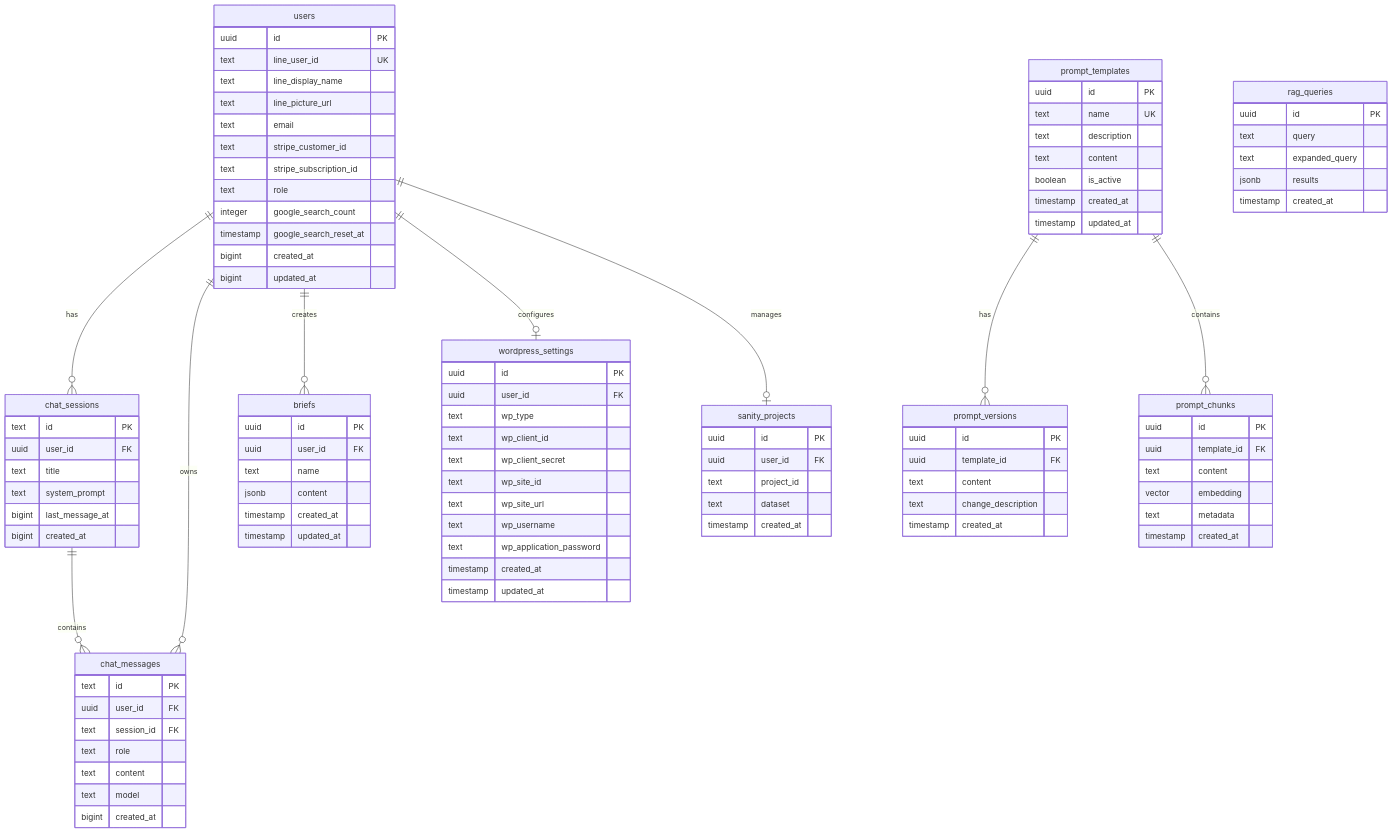
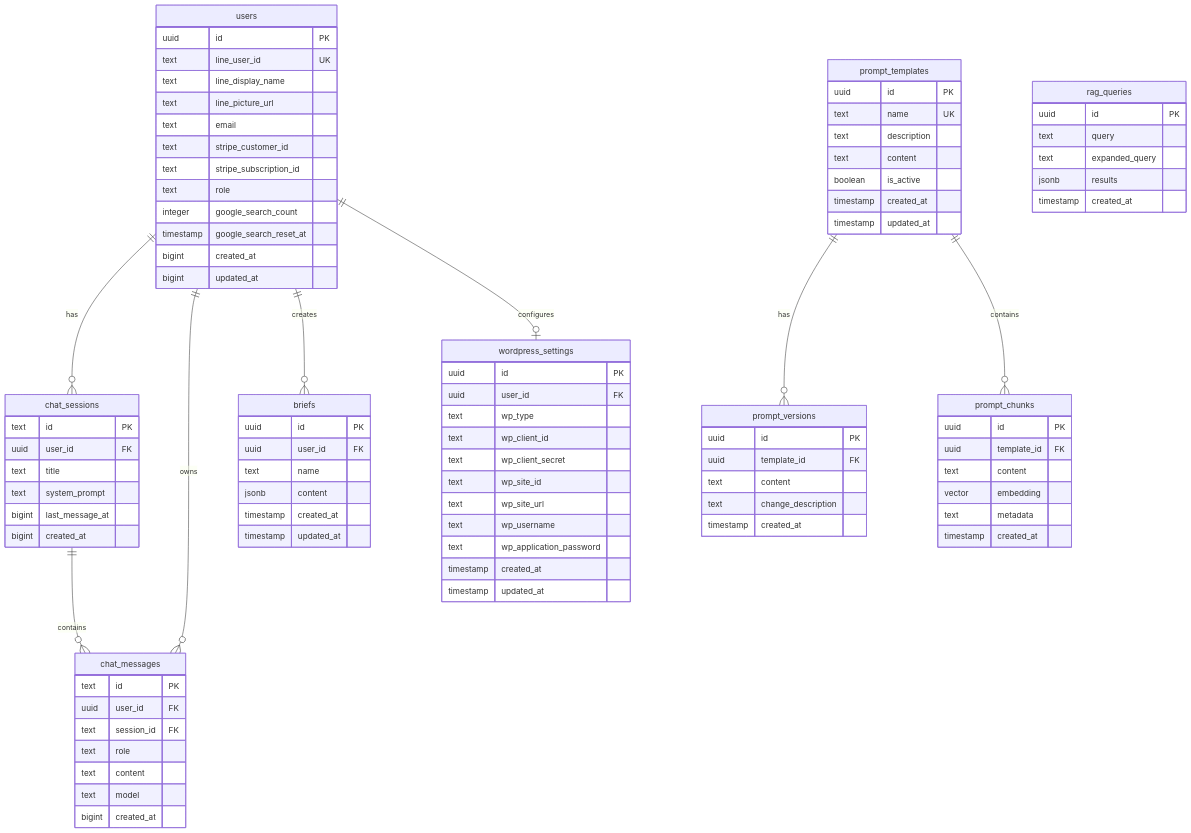
The third of 3 diagrams in README.md (shoma-endo/industry-specific-mc-training), drawn with Mermaid before and after one commit. The commit also changed other lines of this file, not shown here.

```diff
--- a/README.md
+++ b/README.md
@@ -218,13 +217,6 @@
         timestamp updated_at
     }
     
-    sanity_projects {
-        uuid id PK
-        uuid user_id FK
-        text project_id
-        text dataset
-        timestamp created_at
-    }
     
     prompt_templates {
         uuid id PK
@@ -274,7 +266,6 @@
     users ||--o{ chat_messages : owns
     users ||--o{ briefs : creates
     users ||--o| wordpress_settings : configures
-    users ||--o| sanity_projects : manages
     chat_sessions ||--o{ chat_messages : contains
     prompt_templates ||--o{ prompt_versions : has
     prompt_templates ||--o{ prompt_chunks : contains
```
